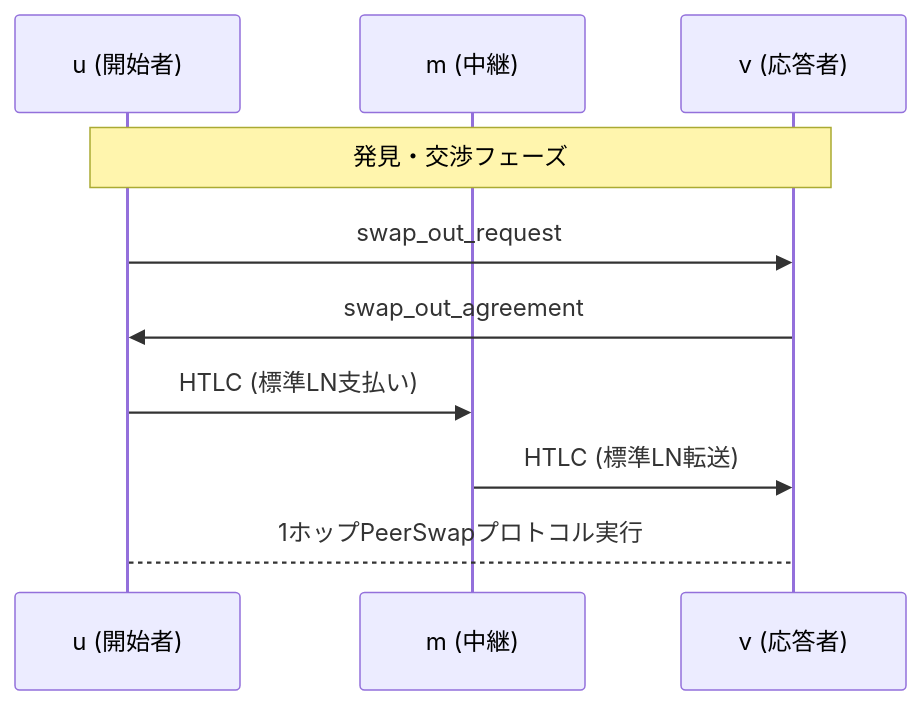
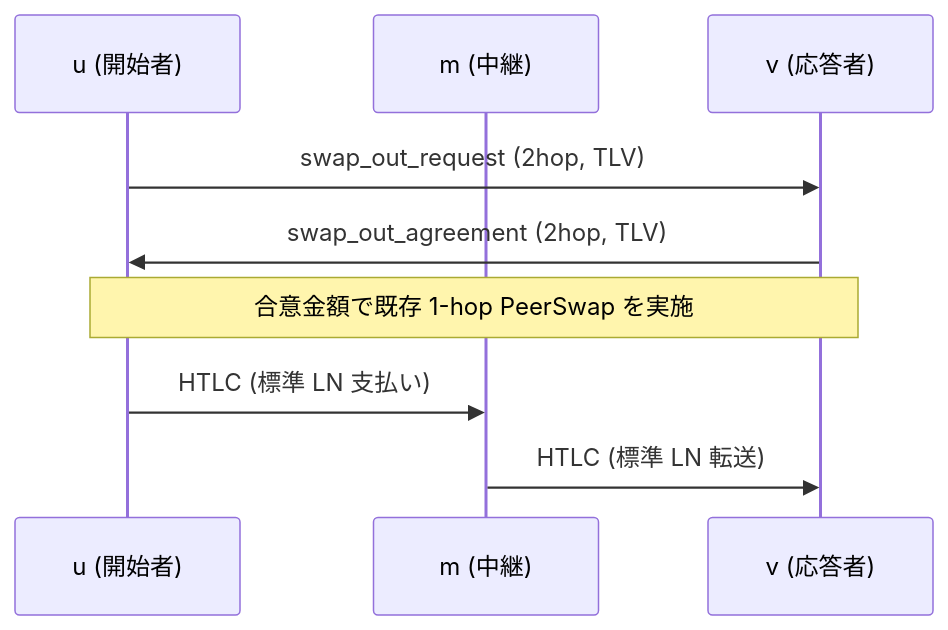
One commit to YusukeShimizu/blog changed the diagram in content/posts/2hoppeerswap.md. Above: the diagram before and after it, drawn with Mermaid. The commit also changed other lines of this file and 1 other file, not shown here.

First line of the commit message:
Refactor 2hop peerswap proposal: streamline messaging and enhance compatibility

````diff
--- a/content/posts/2hoppeerswap.md
+++ b/content/posts/2hoppeerswap.md
@@ -206,15 +35,13 @@
 ```mermaid
 sequenceDiagram
     participant u as u (開始者)
     participant m as m (中継)
     participant v as v (応答者)
 
-    Note over u,v: 発見・交渉フェーズ
-    u->>v: swap_out_request
-    v->>u: swap_out_agreement
-    
-    u->>m: HTLC (標準LN支払い)
-    m->>v: HTLC (標準LN転送)
-    
-    u-->v: 1ホップPeerSwapプロトコル実行
+    u->>v: swap_out_request (2hop, TLV)
+    v->>u: swap_out_agreement (2hop, TLV)
+    note over u,v: 合意金額で既存 1-hop PeerSwap を実施
+
+    u->>m: HTLC (標準 LN 支払い)
+    m->>v: HTLC (標準 LN 転送)
 ```
````
